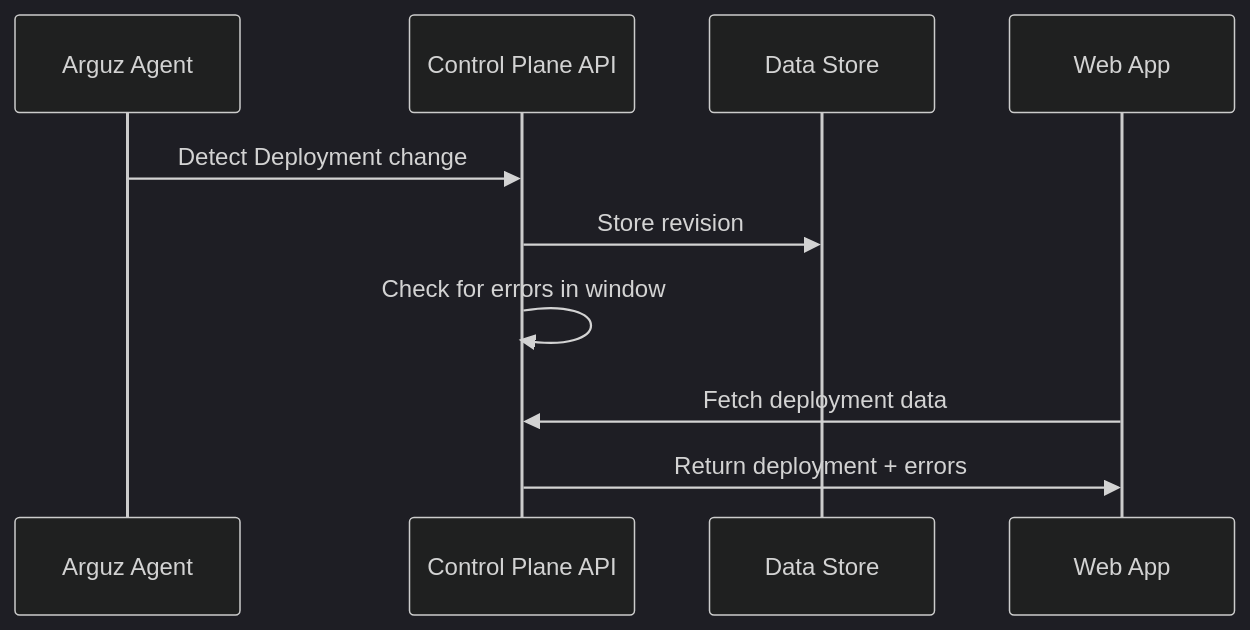
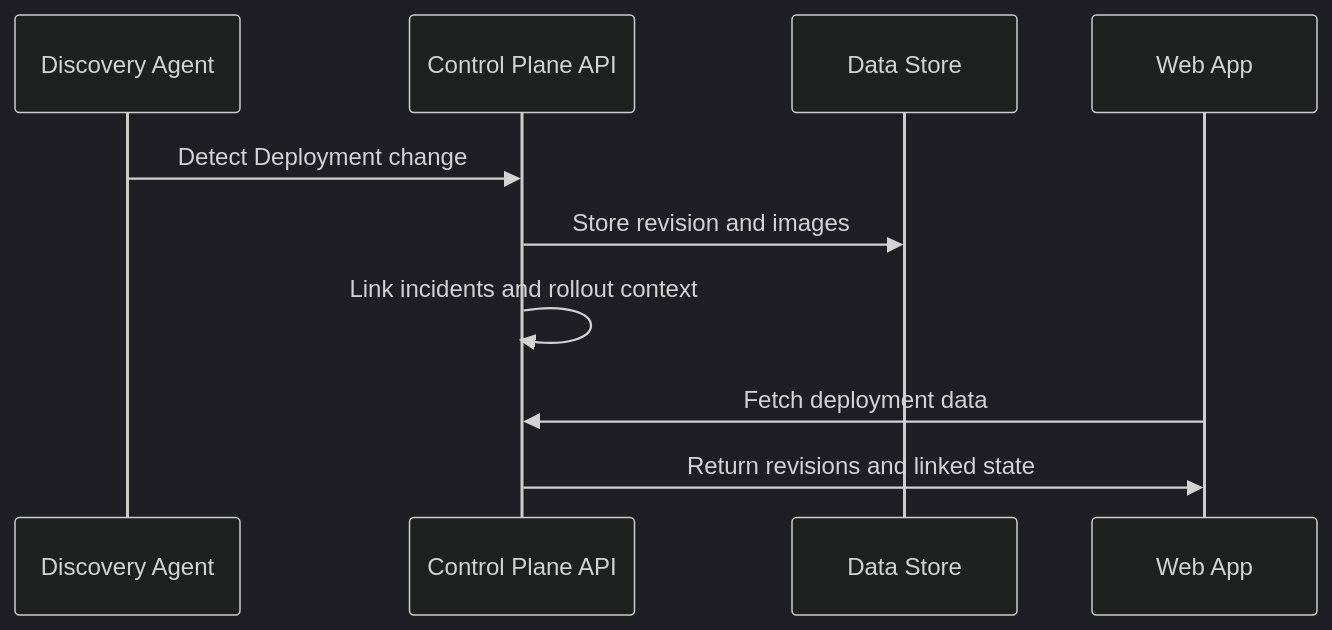
The second of 4 diagrams in docs/getting-started/architecture.md (Arguz-Labs/Arguz-Docs), drawn with Mermaid (dark theme) before and after one commit. The commit also changed other lines of this file and 59 other files, not shown here.

````diff
--- a/docs/getting-started/architecture.md
+++ b/docs/getting-started/architecture.md
@@ -117,13 +101,13 @@
 ```mermaid
 sequenceDiagram
-    participant Agent as Arguz Agent
+    participant Agent as Discovery Agent
     participant API as Control Plane API
     participant DB as Data Store
     participant Front as Web App
 
     Agent->>API: Detect Deployment change
-    API->>DB: Store revision
-    API->>API: Check for errors in window
+    API->>DB: Store revision and images
+    API->>API: Link incidents and rollout context
     Front->>API: Fetch deployment data
-    API->>Front: Return deployment + errors
+    API->>Front: Return revisions and linked state
 ```
````
